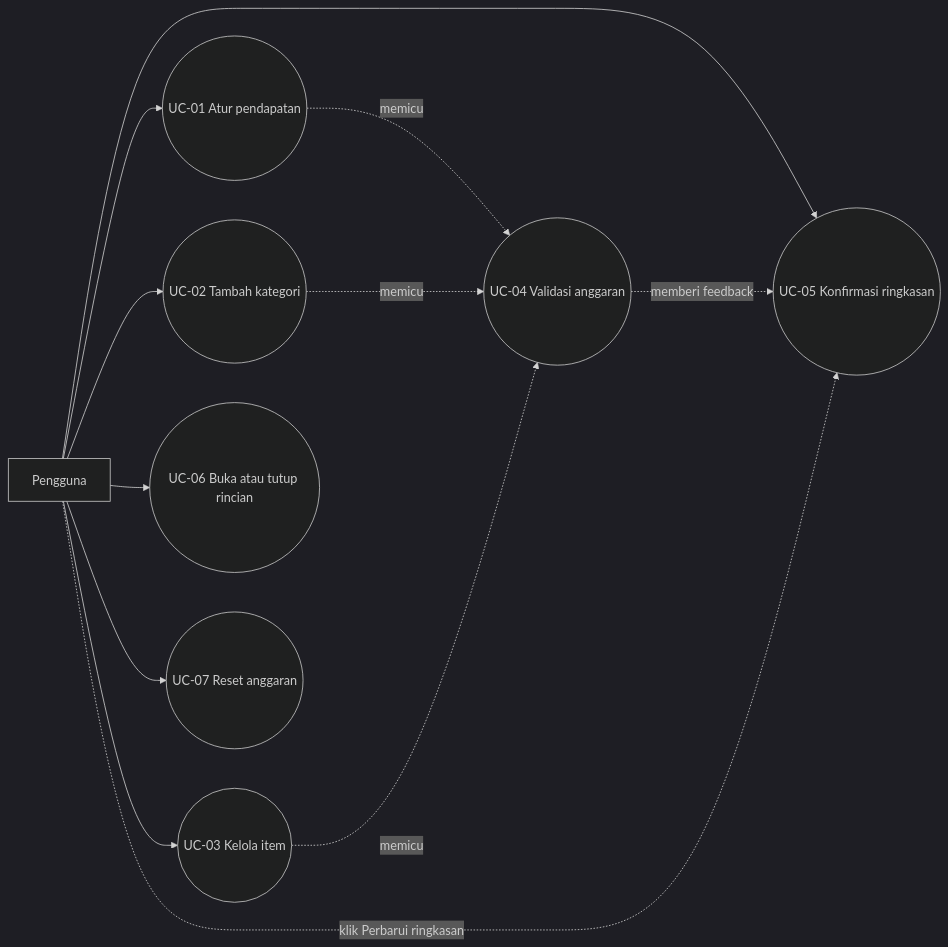
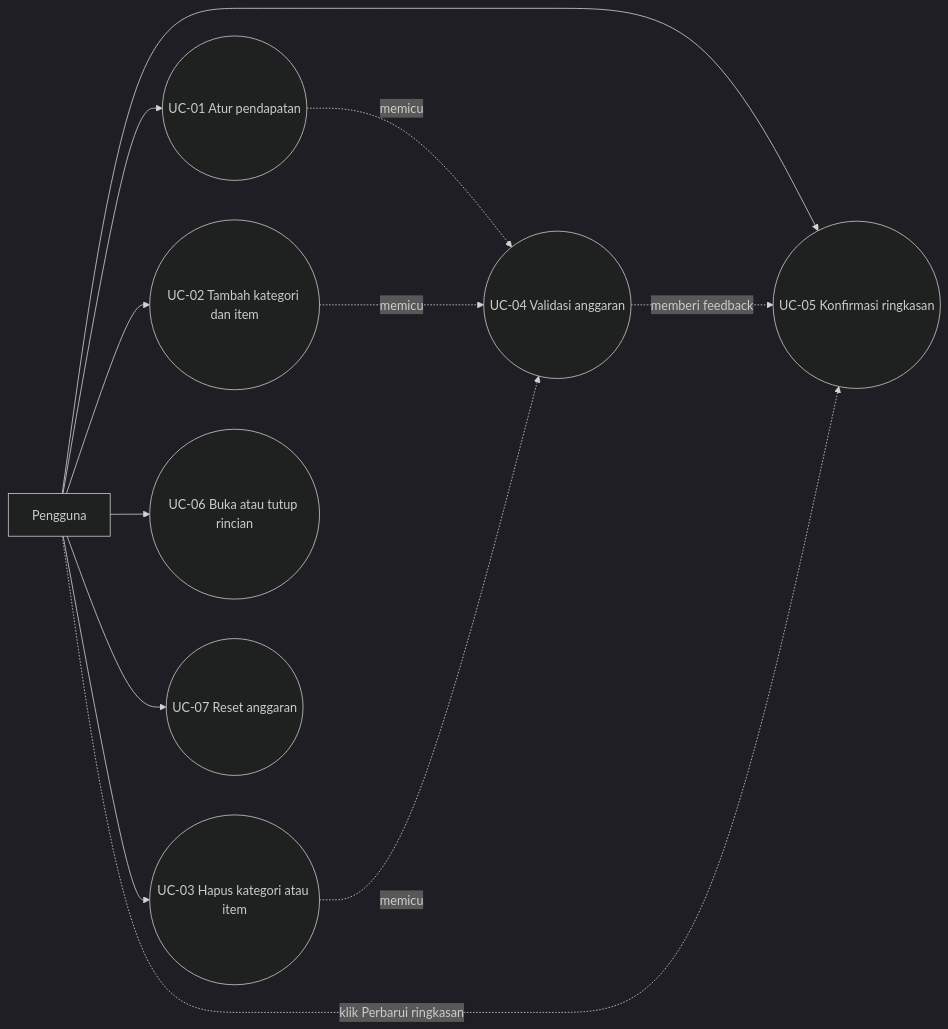
One commit to Rifatdhy/BudgetKU changed the diagram in docs/uts/use-case.md. Above: the diagram before and after it, drawn with Mermaid (dark theme). The commit also changed other lines of this file and 19 other files, not shown here.

````diff
--- a/docs/uts/use-case.md
+++ b/docs/uts/use-case.md
@@ -21,23 +21,23 @@
 ```mermaid
 flowchart LR
   user[Pengguna]
   income((UC-01 Atur pendapatan))
-  category((UC-02 Tambah kategori))
-  item((UC-03 Kelola item))
+  category((UC-02 Tambah kategori dan item))
+  item((UC-03 Hapus kategori atau item))
   validation((UC-04 Validasi anggaran))
   summary((UC-05 Konfirmasi ringkasan))
   toggle((UC-06 Buka atau tutup rincian))
   reset((UC-07 Reset anggaran))
 
   user --> income
   user --> category
   user --> item
   user --> summary
   user --> toggle
   user --> reset
   income -. memicu .-> validation
   category -. memicu .-> validation
   item -. memicu .-> validation
   validation -. memberi feedback .-> summary
   user -. klik Perbarui ringkasan .-> summary
 ```
````
